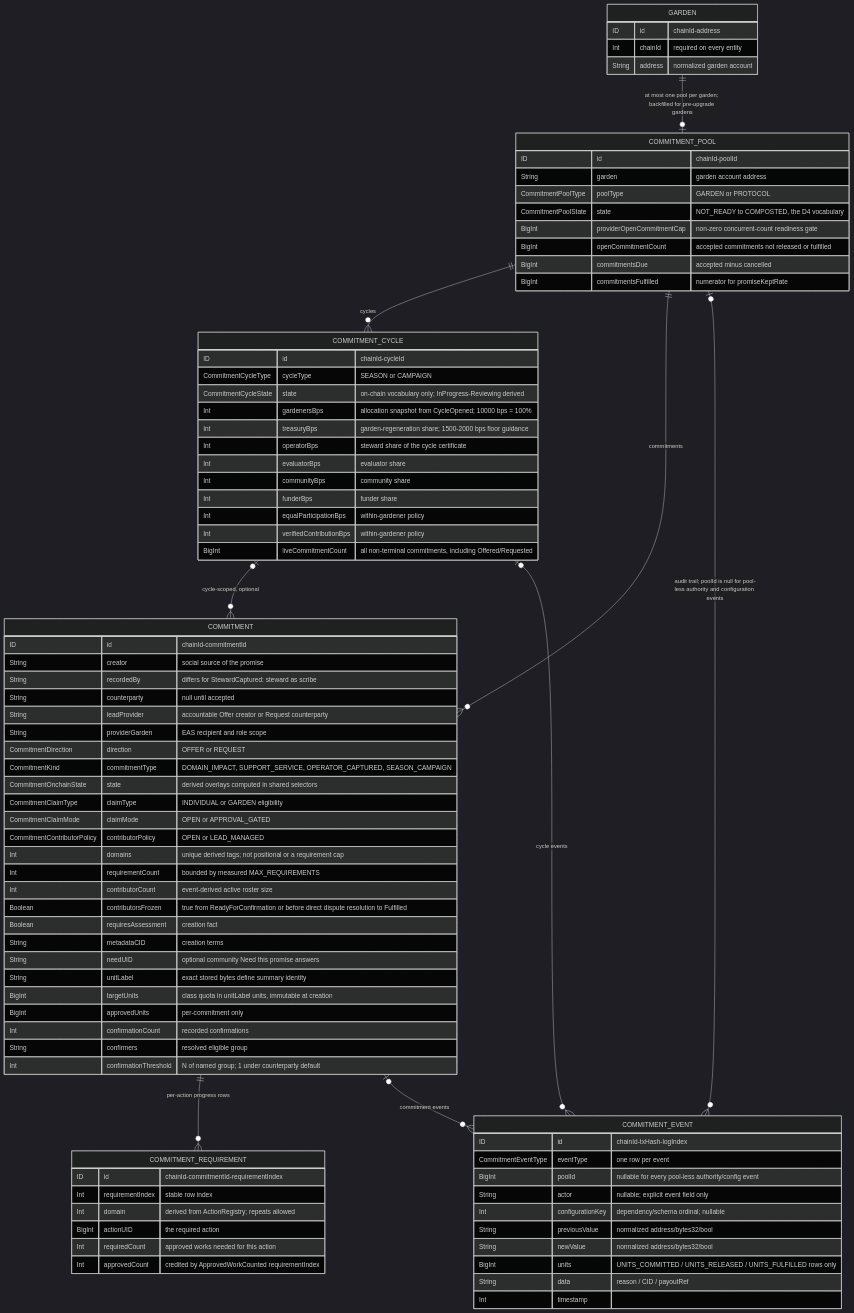
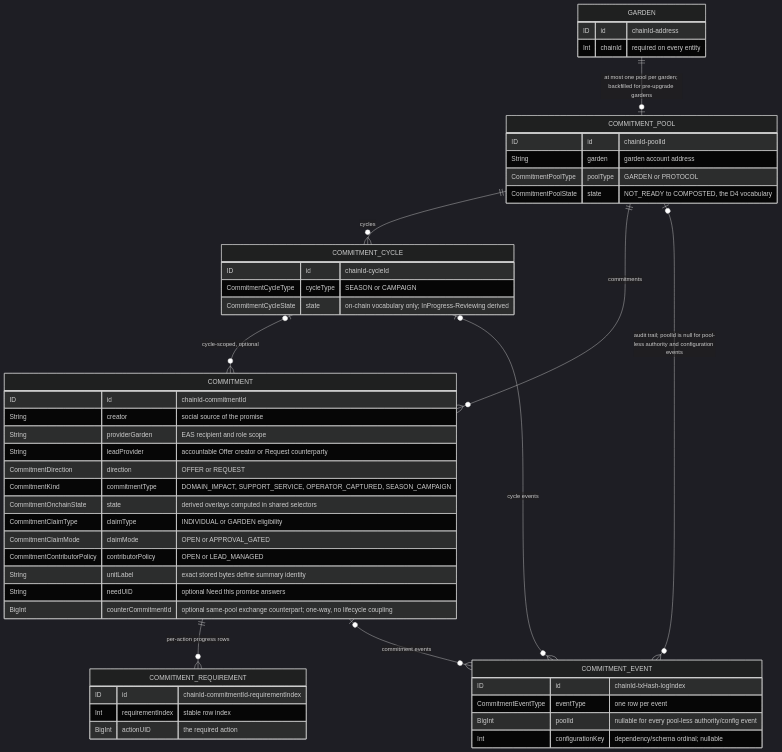
Before and after one commit to greenpill-dev-guild/green-goods: diagram 15 of 38 in .plans/active/commitment-pooling/diagrams.md, drawn with Mermaid (dark theme). The commit also changed other lines of this file and 58 other files, not shown here.

First line of the commit message:
docs(plans): commitment pooling gallery polish + CPP-alignment + exchange wave (#687)

````diff
--- a/.plans/active/commitment-pooling/diagrams.md
+++ b/.plans/active/commitment-pooling/diagrams.md
@@ -694,7 +762,6 @@
   GARDEN {
     ID id "chainId-address"
     Int chainId "required on every entity"
-    String address "normalized garden account"
   }
 
   COMMITMENT_POOL {
@@ -702,74 +769,40 @@
     String garden "garden account address"
     CommitmentPoolType poolType "GARDEN or PROTOCOL"
     CommitmentPoolState state "NOT_READY to COMPOSTED, the D4 vocabulary"
-    BigInt providerOpenCommitmentCap "non-zero concurrent-count readiness gate"
-    BigInt openCommitmentCount "accepted commitments not released or fulfilled"
-    BigInt commitmentsDue "accepted minus cancelled"
-    BigInt commitmentsFulfilled "numerator for promiseKeptRate"
   }
 
   COMMITMENT_CYCLE {
     ID id "chainId-cycleId"
     CommitmentCycleType cycleType "SEASON or CAMPAIGN"
     CommitmentCycleState state "on-chain vocabulary only; InProgress-Reviewing derived"
-    Int gardenersBps "allocation snapshot from CycleOpened; 10000 bps = 100%"
-    Int treasuryBps "garden-regeneration share; 1500-2000 bps floor guidance"
-    Int operatorBps "steward share of the cycle certificate"
-    Int evaluatorBps "evaluator share"
-    Int communityBps "community share"
-    Int funderBps "funder share"
-    Int equalParticipationBps "within-gardener policy"
-    Int verifiedContributionBps "within-gardener policy"
-    BigInt liveCommitmentCount "all non-terminal commitments, including Offered/Requested"
   }
 
   COMMITMENT {
     ID id "chainId-commitmentId"
     String creator "social source of the promise"
-    String recordedBy "differs for StewardCaptured: steward as scribe"
-    String counterparty "null until accepted"
+    String providerGarden "EAS recipient and role scope"
     String leadProvider "accountable Offer creator or Request counterparty"
-    String providerGarden "EAS recipient and role scope"
     CommitmentDirection direction "OFFER or REQUEST"
     CommitmentKind commitmentType "DOMAIN_IMPACT, SUPPORT_SERVICE, OPERATOR_CAPTURED, SEASON_CAMPAIGN"
     CommitmentOnchainState state "derived overlays computed in shared selectors"
     CommitmentClaimType claimType "INDIVIDUAL or GARDEN eligibility"
     CommitmentClaimMode claimMode "OPEN or APPROVAL_GATED"
     CommitmentContributorPolicy contributorPolicy "OPEN or LEAD_MANAGED"
-    Int domains "unique derived tags; not positional or a requirement cap"
-    Int requirementCount "bounded by measured MAX_REQUIREMENTS"
-    Int contributorCount "event-derived active roster size"
-    Boolean contributorsFrozen "true from ReadyForConfirmation or before direct dispute resolution to Fulfilled"
-    Boolean requiresAssessment "creation fact"
-    String metadataCID "creation terms"
-    String needUID "optional community Need this promise answers"
     String unitLabel "exact stored bytes define summary identity"
-    BigInt targetUnits "class quota in unitLabel units, immutable at creation"
-    BigInt approvedUnits "per-commitment only"
-    Int confirmationCount "recorded confirmations"
-    String confirmers "resolved eligible group"
-    Int confirmationThreshold "N of named group; 1 under counterparty default"
+    String needUID "optional Need this promise answers"
+    BigInt counterCommitmentId "optional same-pool exchange counterpart; one-way, no lifecycle coupling"
   }
 
   COMMITMENT_REQUIREMENT {
     ID id "chainId-commitmentId-requirementIndex"
     Int requirementIndex "stable row index"
-    Int domain "derived from ActionRegistry; repeats allowed"
     BigInt actionUID "the required action"
-    Int requiredCount "approved works needed for this action"
-    Int approvedCount "credited by ApprovedWorkCounted requirementIndex"
   }
 
   COMMITMENT_EVENT {
     ID id "chainId-txHash-logIndex"
     CommitmentEventType eventType "one row per event"
     BigInt poolId "nullable for every pool-less authority/config event"
-    String actor "nullable; explicit event field only"
     Int configurationKey "dependency/schema ordinal; nullable"
-    String previousValue "normalized address/bytes32/bool"
-    String newValue "normalized address/bytes32/bool"
-    BigInt units "UNITS_COMMITTED / UNITS_RELEASED / UNITS_FULFILLED rows only"
-    String data "reason / CID / payoutRef"
-    Int timestamp ""
   }
 ```
````
